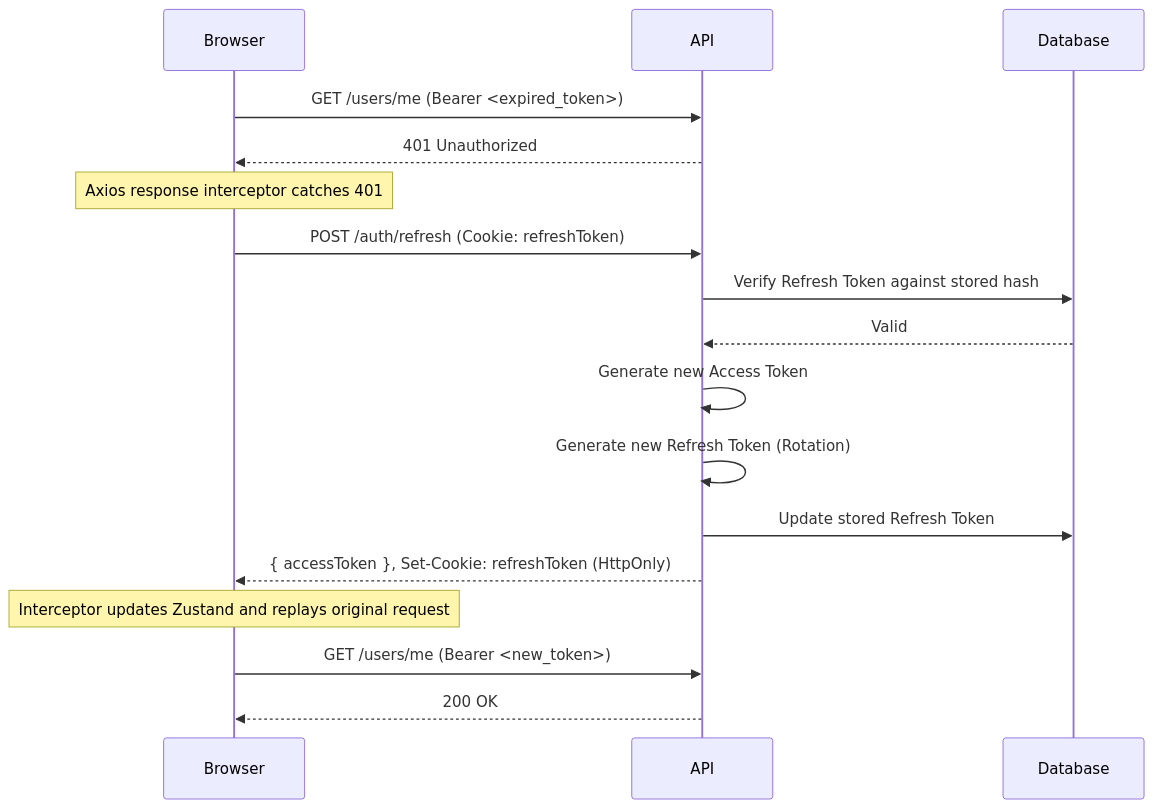
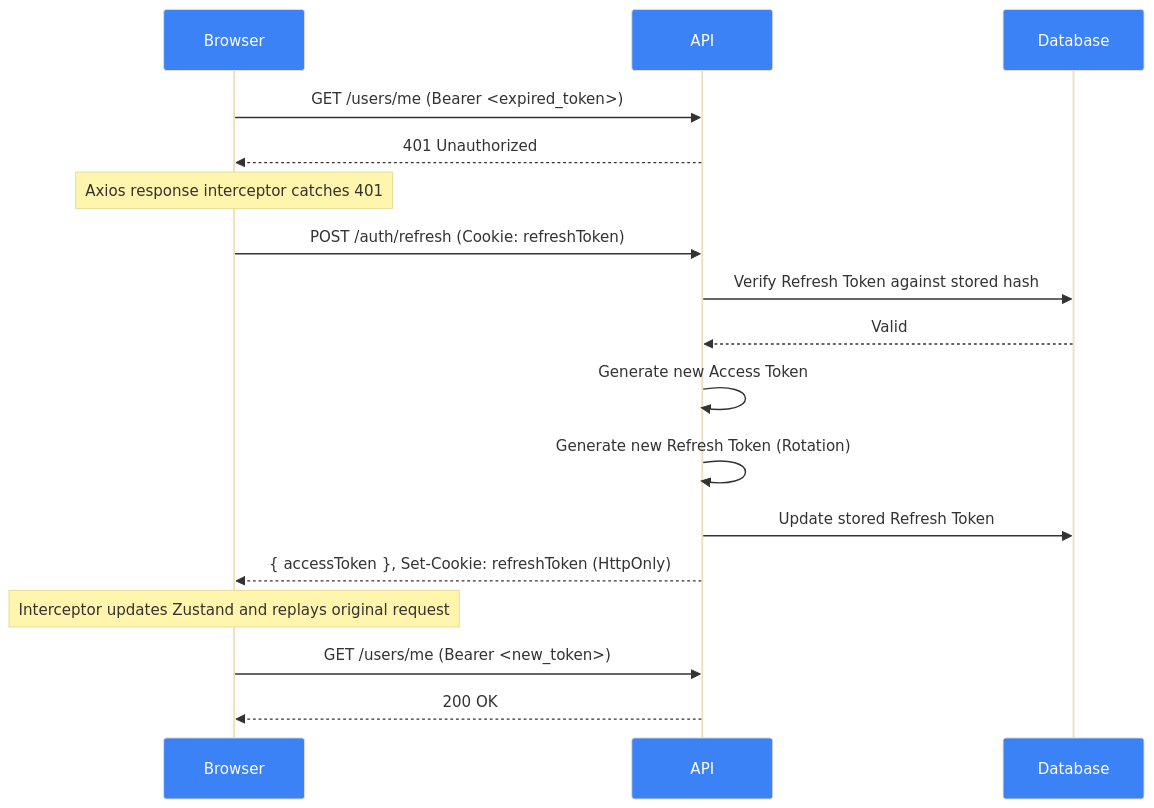
The second of 6 diagrams in docs/architecture/sequence-diagrams.md (Nits0303/TaskTracker), drawn with Mermaid before and after one commit. The commit also changed other lines of this file and 2 other files, not shown here.

Commit message:
docs: add architecture documentation including system overview, sequence diagrams, and ER diagrams

````diff
--- a/docs/architecture/sequence-diagrams.md
+++ b/docs/architecture/sequence-diagrams.md
@@ -29,24 +31,25 @@
 ```mermaid
+%%{init: {'theme': 'base', 'themeVariables': {'actorBkg': '#3b82f6', 'actorTextColor': '#fff', 'activationBkgColor': '#8b5cf6'}}}%%
 sequenceDiagram
     participant Browser
     participant API
     participant DB as Database
 
     Browser->>API: GET /users/me (Bearer <expired_token>)
     API-->>Browser: 401 Unauthorized
 
     Note over Browser: Axios response interceptor catches 401
 
     Browser->>API: POST /auth/refresh (Cookie: refreshToken)
     API->>DB: Verify Refresh Token against stored hash
     DB-->>API: Valid
     API->>API: Generate new Access Token
     API->>API: Generate new Refresh Token (Rotation)
     API->>DB: Update stored Refresh Token
     API-->>Browser: { accessToken }, Set-Cookie: refreshToken (HttpOnly)
 
     Note over Browser: Interceptor updates Zustand and replays original request
 
     Browser->>API: GET /users/me (Bearer <new_token>)
     API-->>Browser: 200 OK
 ```
````
